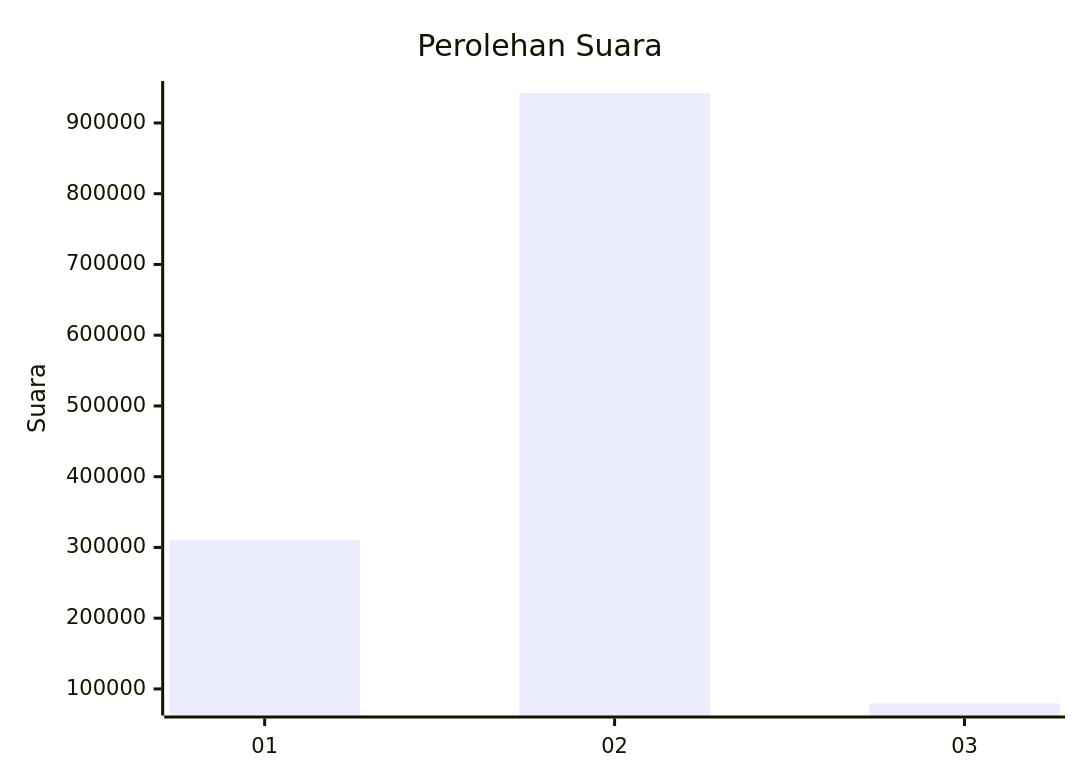
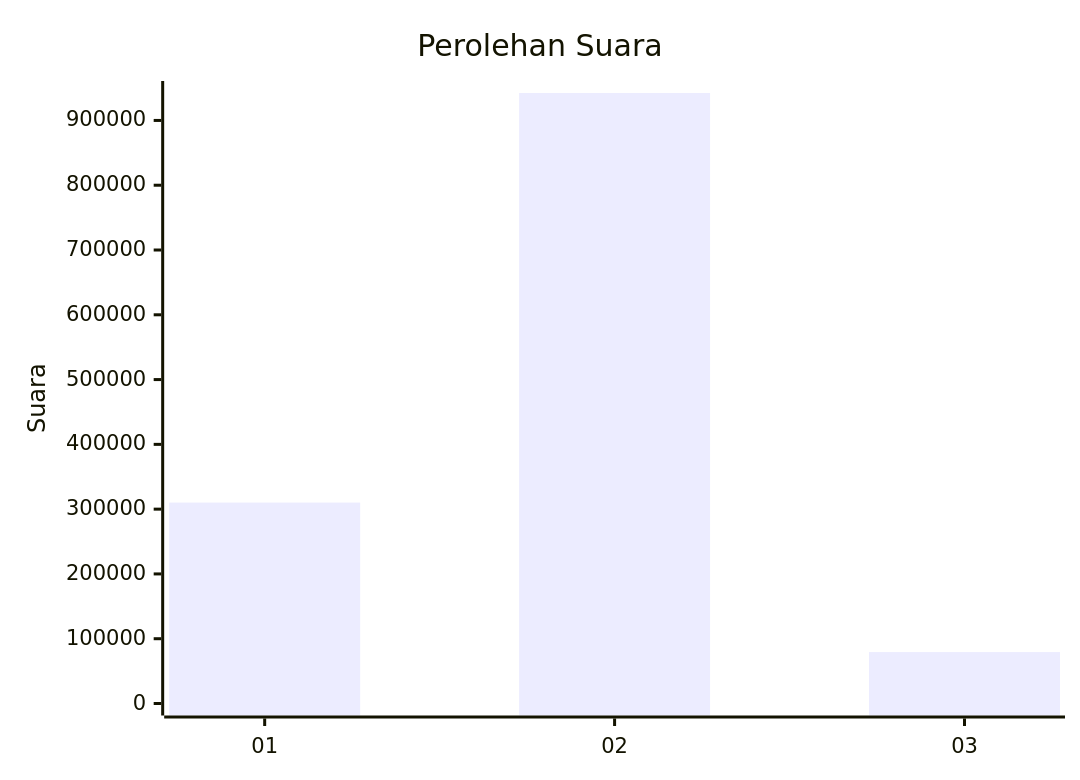
The first of 2 diagrams in pilpres/hitung-suara/sub/table-wilayah-74.md (gigit-pemilu/pemilu-2024), drawn with Mermaid before and after one commit. The commit also changed 42 other files, not shown here.

````diff
--- a/pilpres/hitung-suara/sub/table-wilayah-74.md
+++ b/pilpres/hitung-suara/sub/table-wilayah-74.md
@@ -7,7 +7,7 @@
 ```mermaid
 xychart-beta
     title "Perolehan Suara"
     x-axis [01, 02, 03]
-    y-axis "Suara"
+    y-axis "Suara" 0 --> 942354
     bar [310133, 942354, 79411]
 ```
````
